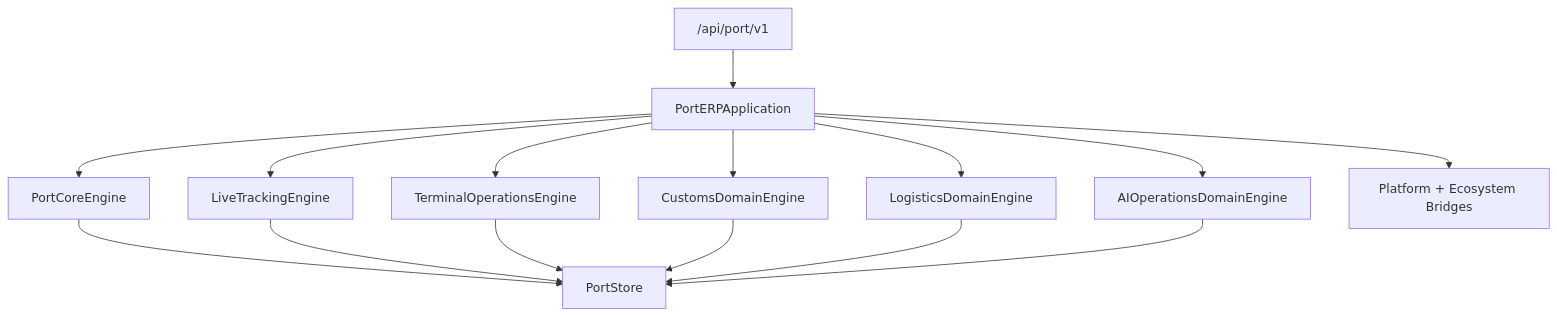
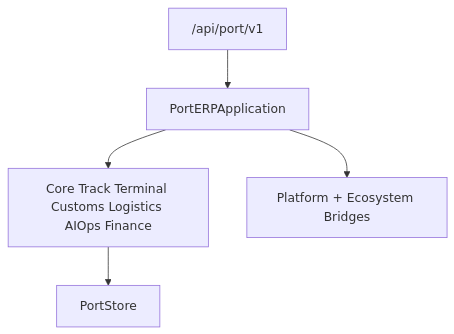
The diagram in docs/PORT_ERP.md (okeysiri11/telegram-ai-crm-bot), drawn with Mermaid before and after one commit. The commit also changed other lines of this file and 41 other files, not shown here.

````diff
--- a/docs/PORT_ERP.md
+++ b/docs/PORT_ERP.md
@@ -22,28 +19,10 @@
 ```mermaid
 flowchart TB
     API["/api/port/v1"]
     App[PortERPApplication]
-    Core[PortCoreEngine]
-    Track[LiveTrackingEngine]
-    Terminal[TerminalOperationsEngine]
-    Customs[CustomsDomainEngine]
-    Logistics[LogisticsDomainEngine]
-    AIOps[AIOperationsDomainEngine]
+    Domains[Core Track Terminal Customs Logistics AIOps Finance]
     Bridges[Platform + Ecosystem Bridges]
     Store[PortStore]
-
-    API --> App
-    App --> Core
-    App --> Track
-    App --> Terminal
-    App --> Customs
-    App --> Logistics
-    App --> AIOps
-    Core --> Store
-    Track --> Store
-    Terminal --> Store
-    Customs --> Store
-    Logistics --> Store
-    AIOps --> Store
+    API --> App --> Domains --> Store
     App --> Bridges
 ```
````
